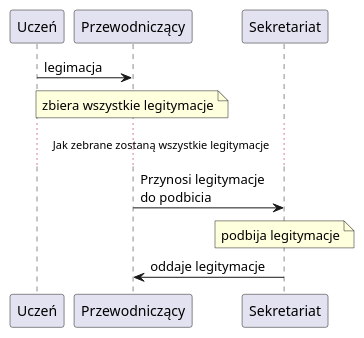
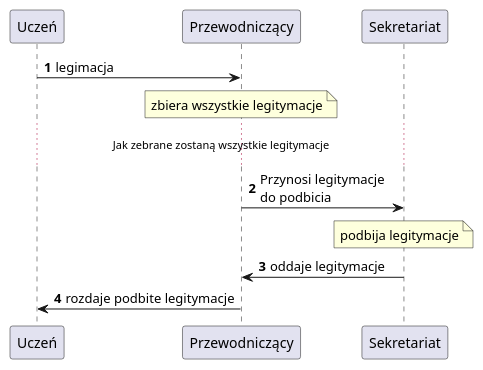
The diagram in test.adoc (MaciejGGH/adoc_starter), drawn with PlantUML before and after one commit.

```diff
--- a/test.adoc
+++ b/test.adoc
@@ -48,11 +48,13 @@
-[plantuml, rodzinka2, svg]
+[plantuml, rodzinka2, png]
 ....
 @startuml
+autonumber
 Uczeń -> Przewodniczący: legimacja
 note over Przewodniczący: zbiera wszystkie legitymacje
 ... Jak zebrane zostaną wszystkie legitymacje ...
 Przewodniczący -> Sekretariat: Przynosi legitymacje \ndo podbicia
 note over Sekretariat: podbija legitymacje
 Sekretariat -> Przewodniczący: oddaje legitymacje
+Przewodniczący -> Uczeń: rozdaje podbite legitymacje
 @enduml
 ....
```
